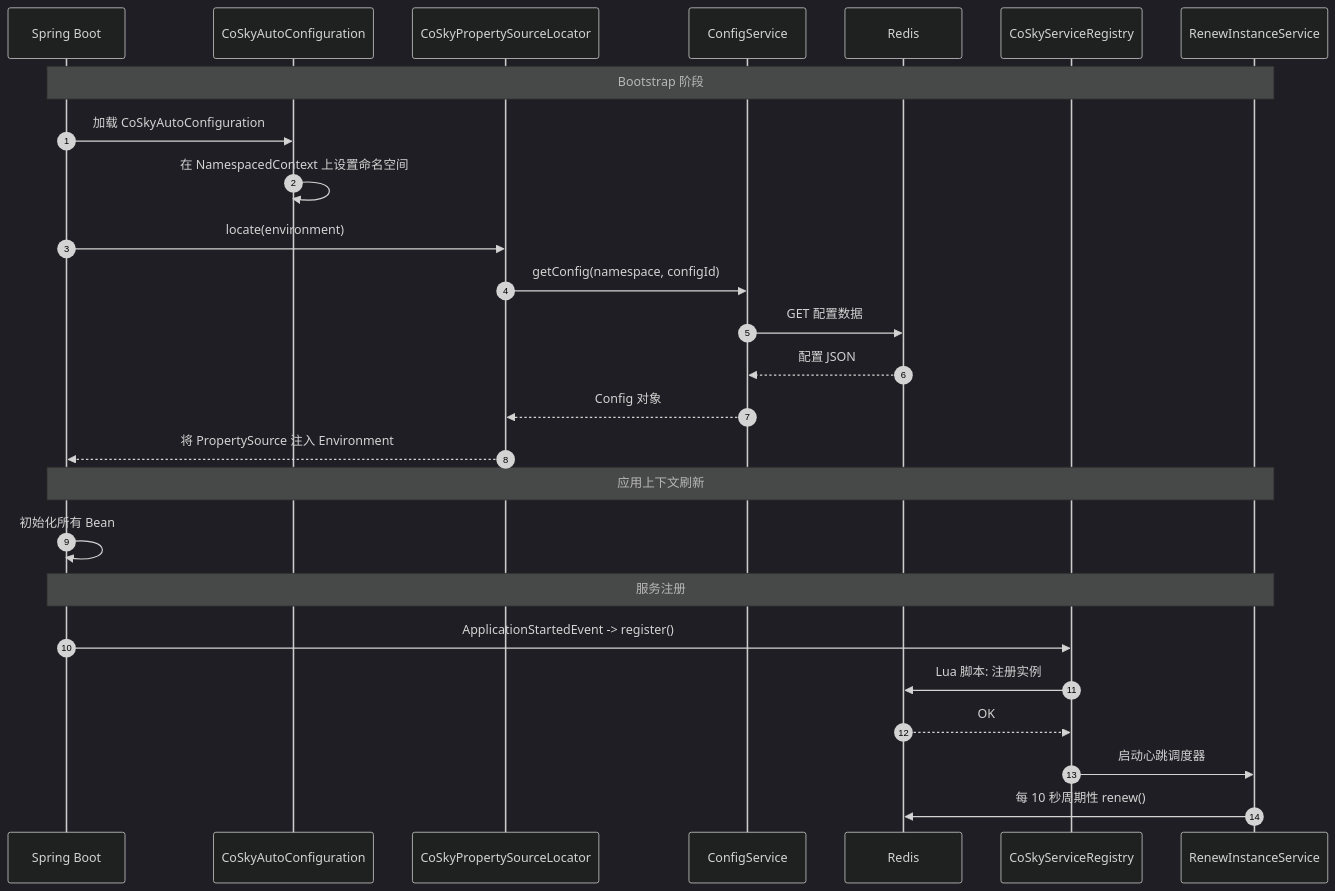
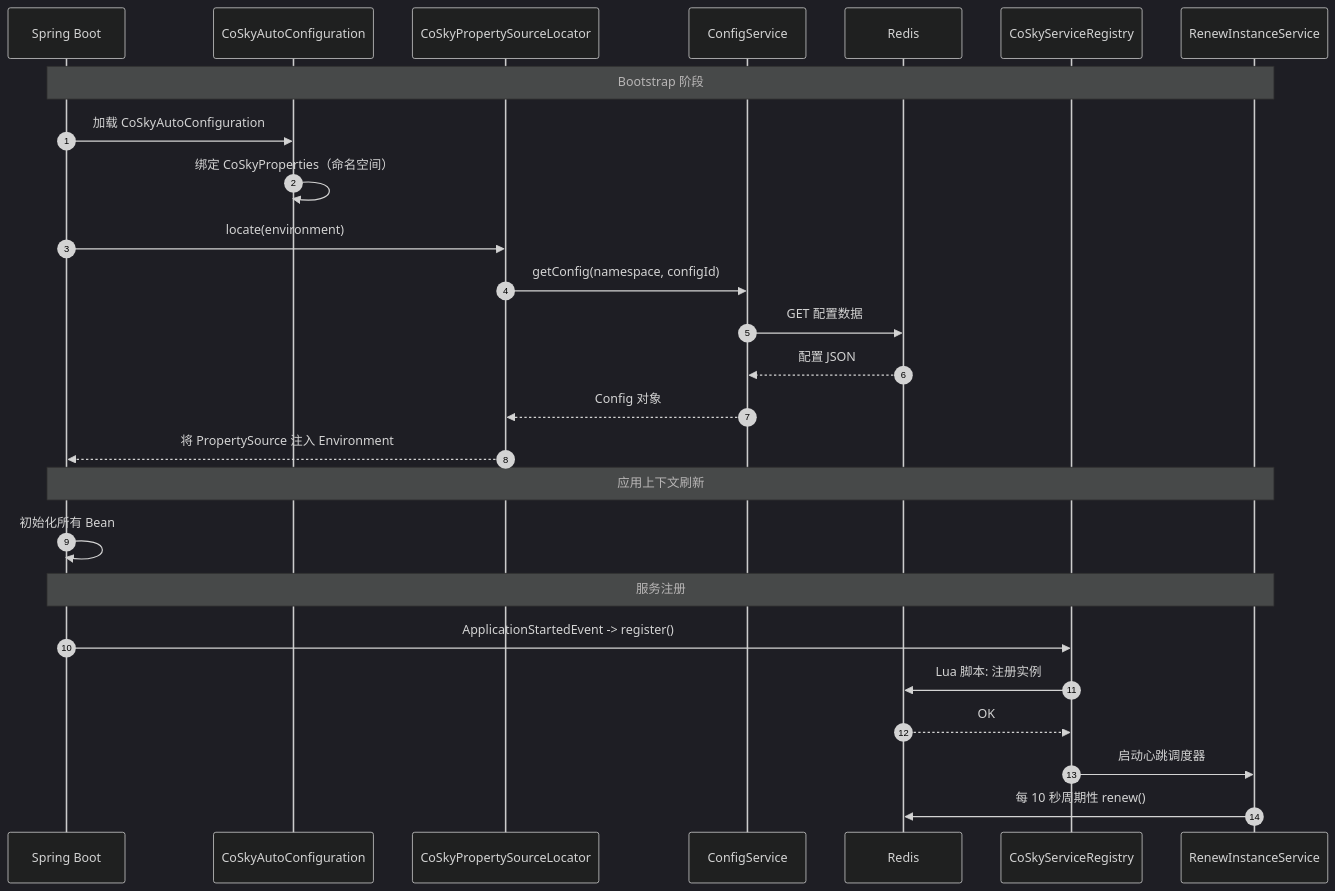
The second of 3 diagrams in wiki/zh/guide/getting-started.md (Ahoo-Wang/CoSky), drawn with Mermaid before and after one commit. The commit also changed other lines of this file and 35 other files, not shown here.

````diff
--- a/wiki/zh/guide/getting-started.md
+++ b/wiki/zh/guide/getting-started.md
@@ -171,33 +171,33 @@
 ```mermaid
 %%{init: {'theme':'dark', 'themeVariables': {'primaryColor':'#2d333b','primaryBorderColor':'#6d5dfc','primaryTextColor':'#e6edf3','lineColor':'#8b949e','secondaryColor':'#161b22','tertiaryColor':'#161b22'}}}%%
 sequenceDiagram
     autonumber
     participant Boot as Spring Boot
     participant Auto as CoSkyAutoConfiguration
     participant PSL as CoSkyPropertySourceLocator
     participant CS as ConfigService
     participant Redis as Redis
     participant Reg as CoSkyServiceRegistry
     participant Renew as RenewInstanceService
 
     Note over Boot,Renew: Bootstrap 阶段
     Boot->>Auto: 加载 CoSkyAutoConfiguration
-    Auto->>Auto: 在 NamespacedContext 上设置命名空间
+    Auto->>Auto: 绑定 CoSkyProperties（命名空间）
 
     Boot->>PSL: locate(environment)
     PSL->>CS: getConfig(namespace, configId)
     CS->>Redis: GET 配置数据
     Redis-->>CS: 配置 JSON
     CS-->>PSL: Config 对象
     PSL-->>Boot: 将 PropertySource 注入 Environment
 
     Note over Boot,Renew: 应用上下文刷新
     Boot->>Boot: 初始化所有 Bean
 
     Note over Boot,Renew: 服务注册
     Boot->>Reg: ApplicationStartedEvent -> register()
     Reg->>Redis: Lua 脚本: 注册实例
     Redis-->>Reg: OK
     Reg->>Renew: 启动心跳调度器
     Renew->>Redis: 每 10 秒周期性 renew()
 ```
````
